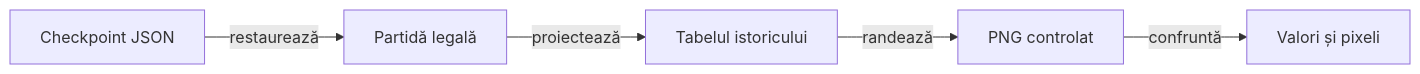
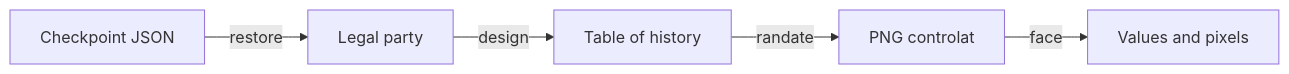
Before and after one commit to crististefanita/atf_j4: the diagram in whist-lab-app/app/src/rasterTest/README.md, drawn with Mermaid. The commit also changed other lines of this file and 122 other files, not shown here.

````diff
--- a/whist-lab-app/app/src/rasterTest/README.md
+++ b/whist-lab-app/app/src/rasterTest/README.md
@@ -9,7 +9,7 @@
 ```mermaid
 flowchart LR
-    STATE[Partidă legală] -->|proiectează| TABLE[Tabelul istoricului]
-    TABLE -->|randează| PNG[PNG controlat]
-    PNG -->|confruntă| ORACLE[Valori și pixeli]
-    STORE[Checkpoint JSON] -->|restaurează| STATE
+    STATE[Legal party] -->|design| TABLE[Table of history]
+    TABLE -->|randate| PNG[PNG controlat]
+    PNG -->|face| ORACLE[Values and pixels]
+    STORE[Checkpoint JSON] -->|restore| STATE
 ```
````
